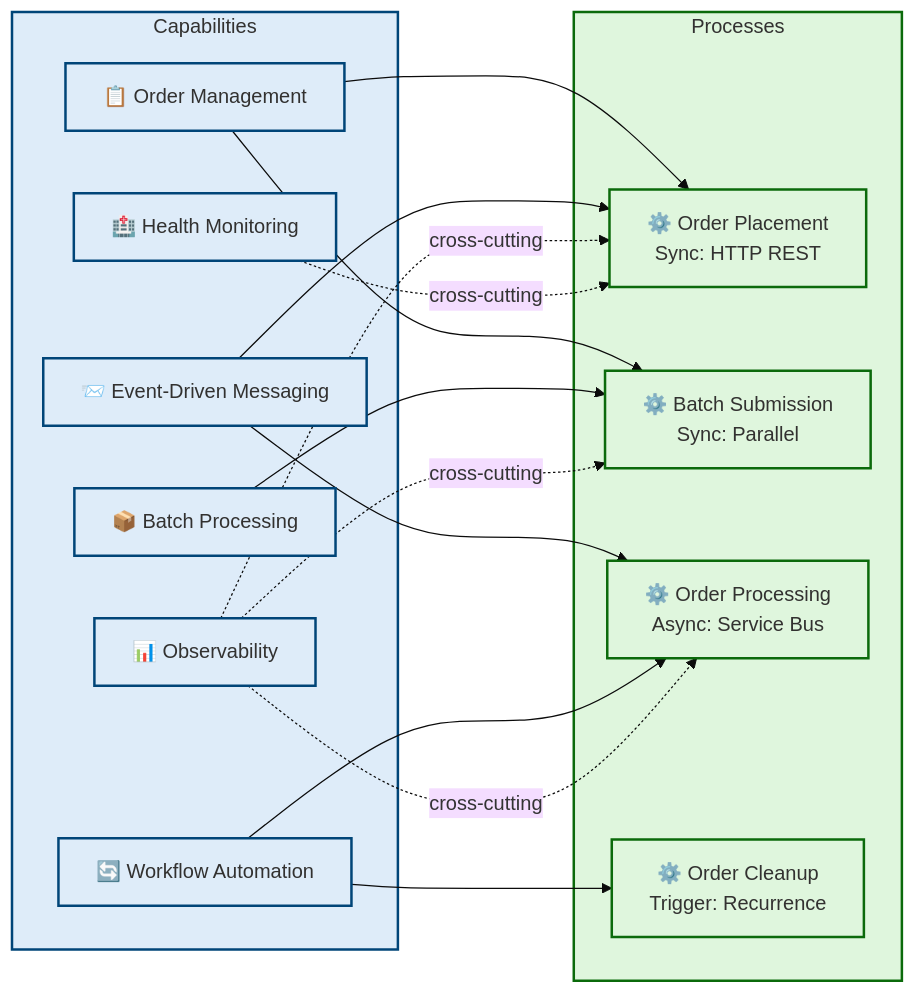
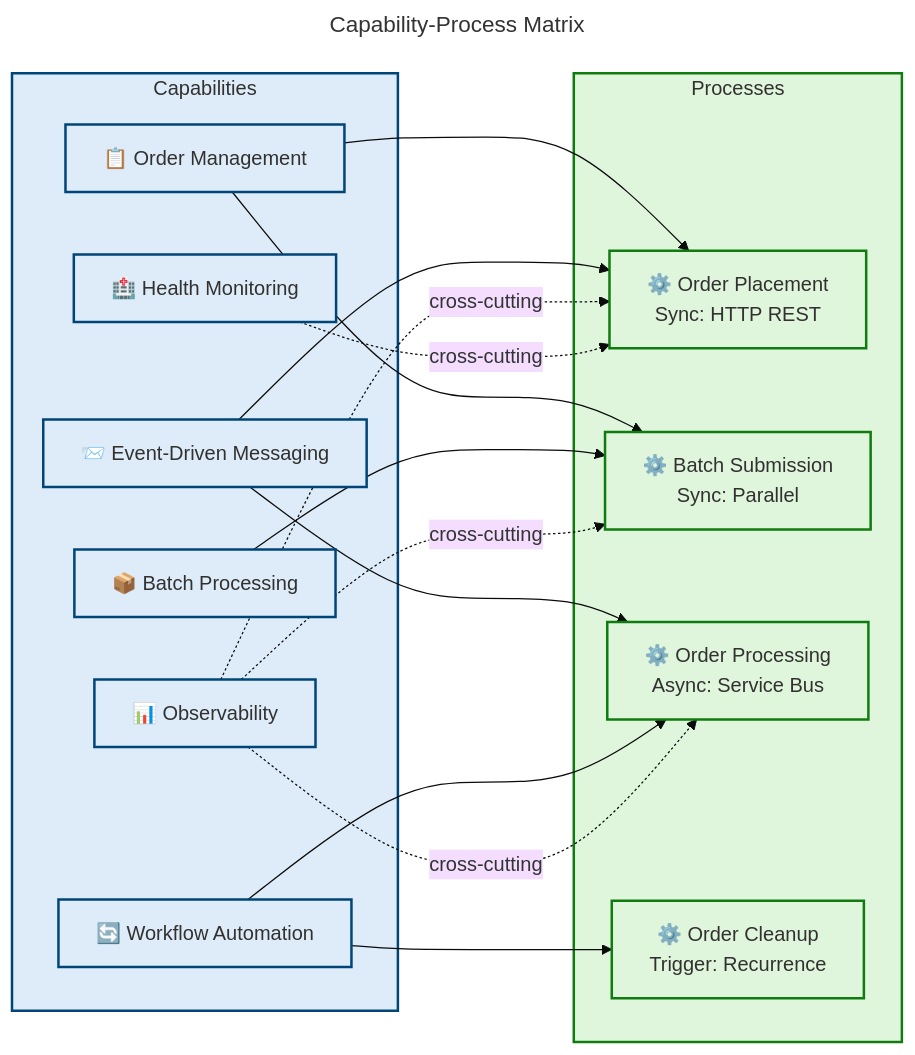
One commit to Evilazaro/Azure-LogicApps-Monitoring changed diagram 12 of 13 in docs/architecture/Business-Layer-Architecture.md. Above: the diagram before and after it, drawn with Mermaid. The commit also changed other lines of this file, not shown here.

Commit message:
docs: update mermaid diagrams for improved clarity and consistency in Business Architecture documentation

````diff
--- a/docs/architecture/Business-Layer-Architecture.md
+++ b/docs/architecture/Business-Layer-Architecture.md
@@ -1435,53 +1472,56 @@
 ```mermaid
 ---
+title: "Capability-Process Matrix"
 config:
   theme: base
+  themeVariables:
+    fontSize: '16px'
 ---
 graph LR
     accTitle: Capability-Process Matrix
     accDescr: Shows the mapping between 6 business capabilities and their supporting processes with integration pattern annotations
 
     %% ═══════════════════════════════════════════════════════════════
     %% AZURE / FLUENT ARCHITECTURE PATTERN v1.1
     %% Generated: 2026-02-18T10:30:00Z
     %% Layer: Business
     %% Components: 10
     %% ═══════════════════════════════════════════════════════════════
 
     subgraph caps ["Capabilities"]
         c1["📋 Order Management"]
         c2["📦 Batch Processing"]
         c3["📨 Event-Driven Messaging"]
         c4["🔄 Workflow Automation"]
         c5["📊 Observability"]
         c6["🏥 Health Monitoring"]
     end
 
     subgraph procs ["Processes"]
         p1["⚙️ Order Placement<br/>Sync: HTTP REST"]
         p2["⚙️ Batch Submission<br/>Sync: Parallel"]
         p3["⚙️ Order Processing<br/>Async: Service Bus"]
         p4["⚙️ Order Cleanup<br/>Trigger: Recurrence"]
     end
 
     c1 --> p1
     c1 --> p2
     c2 --> p2
     c3 --> p1
     c3 --> p3
     c4 --> p3
     c4 --> p4
     c5 -.->|"cross-cutting"| p1
     c5 -.->|"cross-cutting"| p2
     c5 -.->|"cross-cutting"| p3
     c6 -.->|"cross-cutting"| p1
 
     style caps fill:#DEECF9,stroke:#004578,stroke-width:2px,color:#323130
-    style procs fill:#DFF6DD,stroke:#0B6A0B,stroke-width:2px,color:#323130
+    style procs fill:#DFF6DD,stroke:#107C10,stroke-width:2px,color:#323130
 
     classDef capNode fill:#DEECF9,stroke:#004578,stroke-width:2px,color:#323130
-    classDef procNode fill:#DFF6DD,stroke:#0B6A0B,stroke-width:2px,color:#323130
+    classDef procNode fill:#DFF6DD,stroke:#107C10,stroke-width:2px,color:#323130
 
     class c1,c2,c3,c4,c5,c6 capNode
     class p1,p2,p3,p4 procNode
 ```
````
